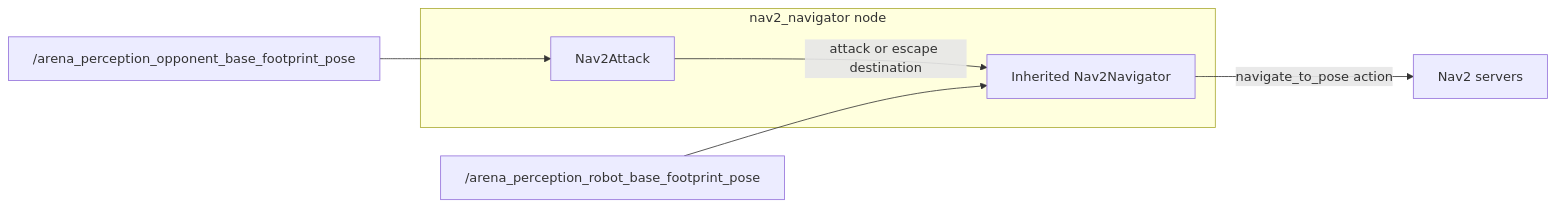
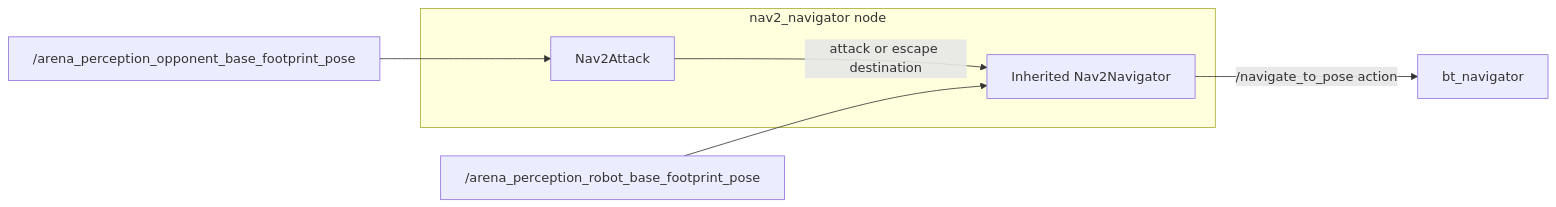
The third of 3 diagrams in docs/packages/combat_strategizer.md (eubotx/robofetz_as), drawn with Mermaid before and after one commit. The commit also changed other lines of this file and 22 other files, not shown here.

````diff
--- a/docs/packages/combat_strategizer.md
+++ b/docs/packages/combat_strategizer.md
@@ -92,11 +92,11 @@
 ```mermaid
 flowchart LR
   subgraph Combined["nav2_navigator node"]
     Strategy["Nav2Attack"]
     Wrapper["Inherited Nav2Navigator"]
     Strategy -->|"attack or escape destination"| Wrapper
   end
   Robot["/arena_perception_robot_base_footprint_pose"] --> Wrapper
   Opponent["/arena_perception_opponent_base_footprint_pose"] --> Strategy
-  Wrapper -->|"navigate_to_pose action"| Nav2["Nav2 servers"]
+  Wrapper -->|"/navigate_to_pose action"| Nav2["bt_navigator"]
 ```
````
